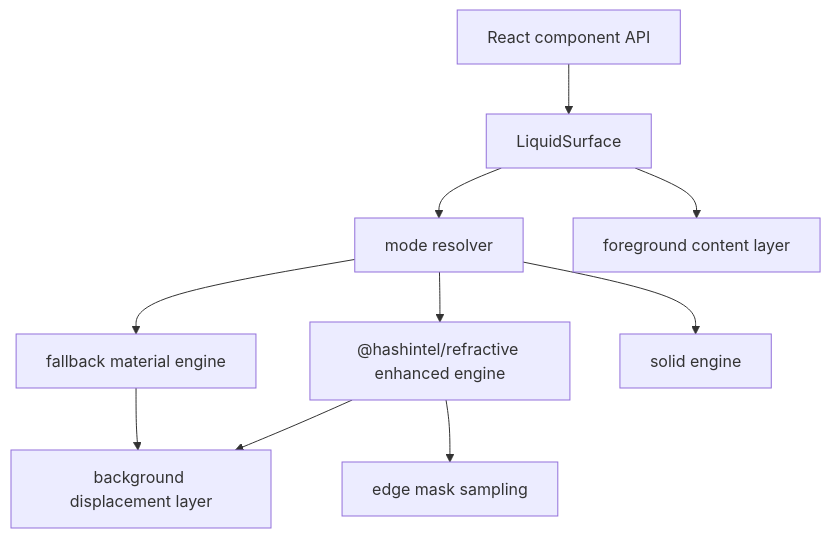
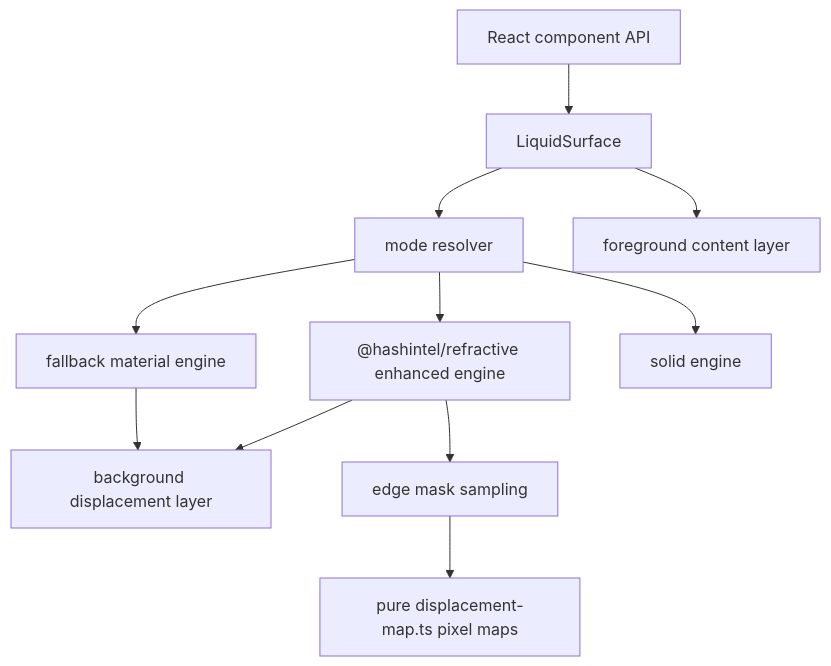
Before and after one commit to clean99/liquid-glass: the diagram in docs/optics-architecture.md, drawn with Mermaid. The commit also changed other lines of this file and 8 other files, not shown here.

Commit message:
Extract lens displacement maps

````diff
--- a/docs/optics-architecture.md
+++ b/docs/optics-architecture.md
@@ -9,12 +9,13 @@
 ```mermaid
 flowchart TD
   A["React component API"] --> B["LiquidSurface"]
   B --> C["mode resolver"]
   C --> D["@hashintel/refractive enhanced engine"]
   C --> E["fallback material engine"]
   C --> F["solid engine"]
   B --> G["foreground content layer"]
   D --> H["background displacement layer"]
   E --> H
   D --> I["edge mask sampling"]
+  I --> J["pure displacement-map.ts pixel maps"]
 ```
````
